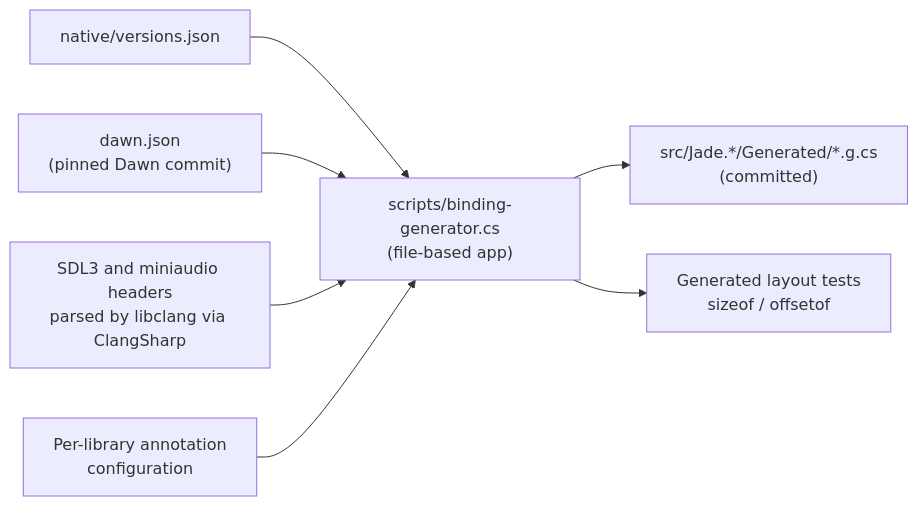
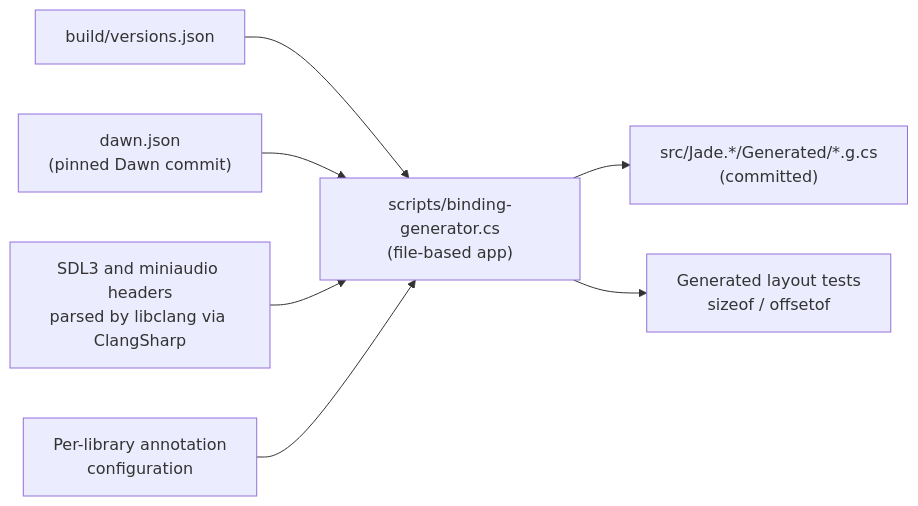
The second of 3 diagrams in docs/architecture.md (AerafalDev/Jade), drawn with Mermaid before and after one commit. The commit also changed other lines of this file and 43 other files, not shown here.

````diff
--- a/docs/architecture.md
+++ b/docs/architecture.md
@@ -67,9 +69,9 @@
 ```mermaid
 flowchart LR
-    versions["native/versions.json"] --> gen
+    versions["build/versions.json"] --> gen
     dawn["dawn.json<br/>(pinned Dawn commit)"] --> gen
     headers["SDL3 and miniaudio headers<br/>parsed by libclang via ClangSharp"] --> gen
     config["Per-library annotation<br/>configuration"] --> gen
     gen["scripts/binding-generator.cs<br/>(file-based app)"] --> out["src/Jade.*/Generated/*.g.cs<br/>(committed)"]
     gen --> layout["Generated layout tests<br/>sizeof / offsetof"]
 ```
````
